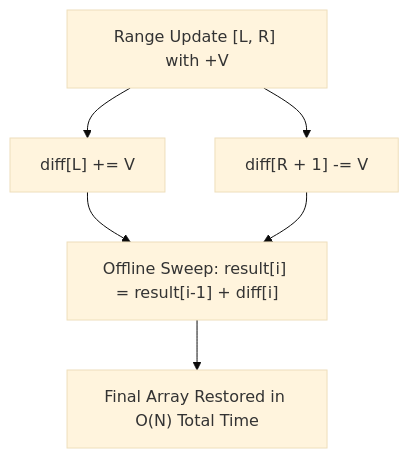
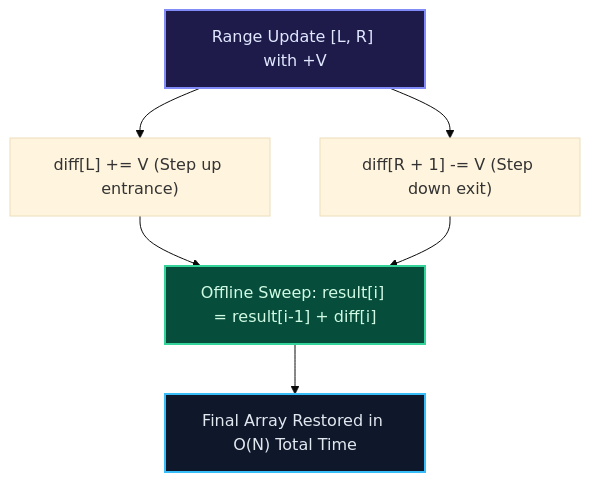
Before and after one commit to 1345AbhishekKumar/cs-cookbook: diagram 14 of 15 in content/docs/dsa/01-foundations-and-linear-structures/02-arrays-and-dynamic-arrays.mdx, drawn with Mermaid (base theme). The commit also changed other lines of this file and 211 other files, not shown here.

````diff
--- a/content/docs/dsa/01-foundations-and-linear-structures/02-arrays-and-dynamic-arrays.mdx
+++ b/content/docs/dsa/01-foundations-and-linear-structures/02-arrays-and-dynamic-arrays.mdx
@@ -423,7 +1104,11 @@
 ```mermaid
 flowchart TD
-    Update["Range Update [L, R] with +V"] --> Action1["diff[L] += V"]
-    Update --> Action2["diff[R + 1] -= V"]
+    Update["Range Update [L, R] with +V"] --> Action1["diff[L] += V (Step up entrance)"]
+    Update --> Action2["diff[R + 1] -= V (Step down exit)"]
     Action1 & Action2 --> Pass["Offline Sweep: result[i] = result[i-1] + diff[i]"]
     Pass --> Result["Final Array Restored in O(N) Total Time"]
+
+    style Update fill:#1e1b4b,stroke:#818cf8,stroke-width:2px,color:#e0e7ff
+    style Pass fill:#064e3b,stroke:#34d399,stroke-width:2px,color:#d1fae5
+    style Result fill:#0f172a,stroke:#38bdf8,stroke-width:2px,color:#e2e8f0
 ```
````
